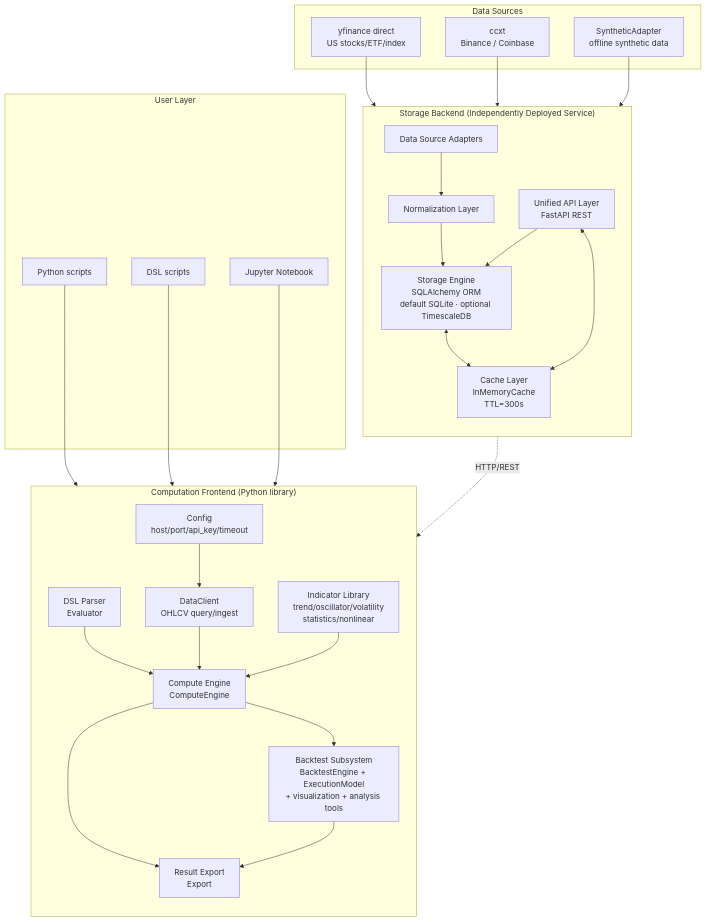
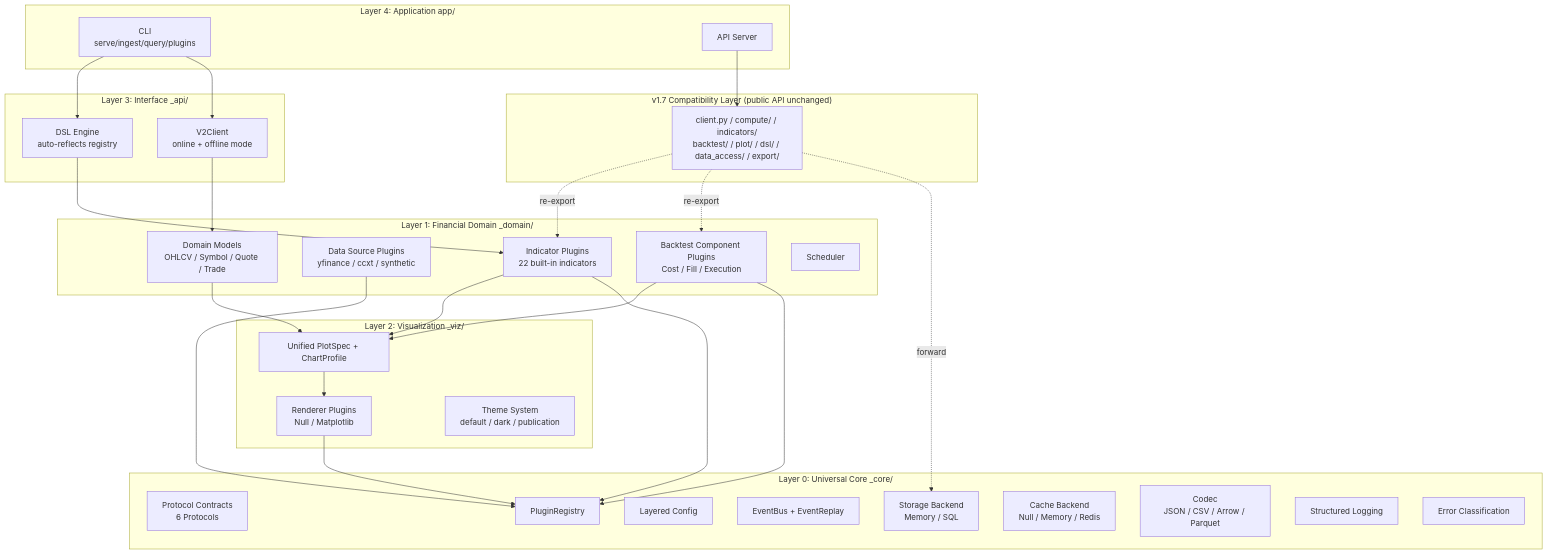
One commit to RESBI/StockStatistic changed the first of 3 diagrams in DESIGN.md. Above: the diagram before and after it, drawn with Mermaid. The commit also changed other lines of this file and 5 other files, not shown here.

First line of the commit message:
Rewrite all docs for v2.0: five-layer architecture, CLI, offline mode, plugins

````diff
--- a/DESIGN.md
+++ b/DESIGN.md
@@ -74,51 +83,62 @@
 ```mermaid
 graph TB
-    subgraph "Data Sources"
-        DS1[yfinance direct<br/>US stocks/ETF/index]
-        DS2[ccxt<br/>Binance / Coinbase]
-        DS3[SyntheticAdapter<br/>offline synthetic data]
+    subgraph "Layer 4: Application app/"
+        APP_CLI[CLI<br/>serve/ingest/query/plugins]
+        APP_SERVER[API Server]
     end
 
-    subgraph "Storage Backend (Independently Deployed Service)"
-        direction TB
-        DA[Data Source Adapters]
-        NL[Normalization Layer]
-        SE[Storage Engine<br/>SQLAlchemy ORM<br/>default SQLite · optional TimescaleDB]
-        API[Unified API Layer<br/>FastAPI REST]
-        CACHE[Cache Layer<br/>InMemoryCache<br/>TTL=300s]
-
-        DA --> NL --> SE
-        SE <--> CACHE
-        API --> SE
-        API <--> CACHE
+    subgraph "Layer 3: Interface _api/"
+        API_DSL[DSL Engine<br/>auto-reflects registry]
+        API_CLIENT[V2Client<br/>online + offline mode]
     end
 
-    subgraph "Computation Frontend (Python library)"
-        direction TB
-        CFG[Config<br/>host/port/api_key/timeout]
-        DAL[DataClient<br/>OHLCV query/ingest]
-        CE[Compute Engine<br/>ComputeEngine]
-        DSL[DSL Parser<br/>Evaluator]
-        IL[Indicator Library<br/>trend/oscillator/volatility<br/>statistics/nonlinear]
-        BT[Backtest Subsystem<br/>BacktestEngine + ExecutionModel<br/>+ visualization + analysis tools]
-        EXP[Result Export<br/>Export]
-
-        CFG --> DAL
-        DSL --> CE
-        DAL --> CE
-        IL --> CE
-        CE --> BT
-        CE --> EXP
-        BT --> EXP
+    subgraph "Layer 2: Visualization _viz/"
+        VIZ_SPEC[Unified PlotSpec + ChartProfile]
+        VIZ_RENDER[Renderer Plugins<br/>Null / Matplotlib]
+        VIZ_THEME[Theme System<br/>default / dark / publication]
     end
 
-    subgraph "User Layer"
-        U1[Python scripts]
-        U2[DSL scripts]
-        U3[Jupyter Notebook]
+    subgraph "Layer 1: Financial Domain _domain/"
+        DOM_MODEL[Domain Models<br/>OHLCV / Symbol / Quote / Trade]
+        DOM_SRC[Data Source Plugins<br/>yfinance / ccxt / synthetic]
+        DOM_IND[Indicator Plugins<br/>22 built-in indicators]
+        DOM_BT[Backtest Component Plugins<br/>Cost / Fill / Execution]
+        DOM_SCHED[Scheduler]
     end
 
-    DS1 & DS2 & DS3 --> DA
-    API -.->|"HTTP/REST"| DAL
-    U1 & U2 & U3 --> CE
+    subgraph "Layer 0: Universal Core _core/"
+        CORE_CONTRACT[Protocol Contracts<br/>6 Protocols]
+        CORE_PLUGIN[PluginRegistry]
+        CORE_CONFIG[Layered Config]
+        CORE_EVENT[EventBus + EventReplay]
+        CORE_STORAGE[Storage Backend<br/>Memory / SQL]
+        CORE_CACHE[Cache Backend<br/>Null / Memory / Redis]
+        CORE_CODEC[Codec<br/>JSON / CSV / Arrow / Parquet]
+        CORE_LOG[Structured Logging]
+        CORE_ERR[Error Classification]
+    end
+
+    subgraph "v1.7 Compatibility Layer (public API unchanged)"
+        COMPAT[client.py / compute/ / indicators/<br/>backtest/ / plot/ / dsl/ / data_access/ / export/]
+    end
+
+    APP_CLI --> API_DSL
+    APP_CLI --> API_CLIENT
+    APP_SERVER --> COMPAT
+    API_DSL --> DOM_IND
+    API_CLIENT --> DOM_MODEL
+
+    DOM_MODEL --> VIZ_SPEC
+    DOM_IND --> VIZ_SPEC
+    DOM_BT --> VIZ_SPEC
+    VIZ_SPEC --> VIZ_RENDER
+
+    DOM_SRC --> CORE_PLUGIN
+    DOM_IND --> CORE_PLUGIN
+    DOM_BT --> CORE_PLUGIN
+    VIZ_RENDER --> CORE_PLUGIN
+
+    COMPAT -.->|re-export| DOM_IND
+    COMPAT -.->|re-export| DOM_BT
+    COMPAT -.->|forward| CORE_STORAGE
 ```
````
